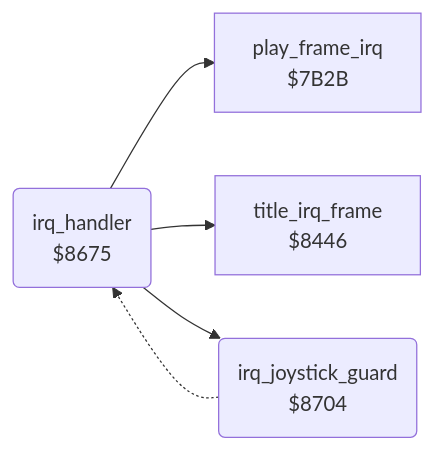
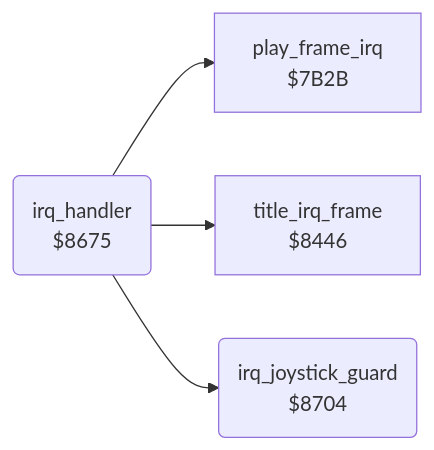
Before and after one commit to henols/c64_games: the diagram in boulder_dash/v1/docs/reference/modules/irq/irq_handler.md, drawn with Mermaid. The commit also changed other lines of this file and 1100 other files, not shown here.

````diff
--- a/boulder_dash/v1/docs/reference/modules/irq/irq_handler.md
+++ b/boulder_dash/v1/docs/reference/modules/irq/irq_handler.md
@@ -10,11 +17,10 @@
 ```mermaid
 flowchart LR
   n7b2b["play_frame_irq<br/>$7B2B"]
   n8446["title_irq_frame<br/>$8446"]
   n8675("irq_handler<br/>$8675")
   n8704("irq_joystick_guard<br/>$8704")
   n8675 --> n7b2b
   n8675 --> n8446
   n8675 --> n8704
-  n8704 -.-> n8675
 ```
````
